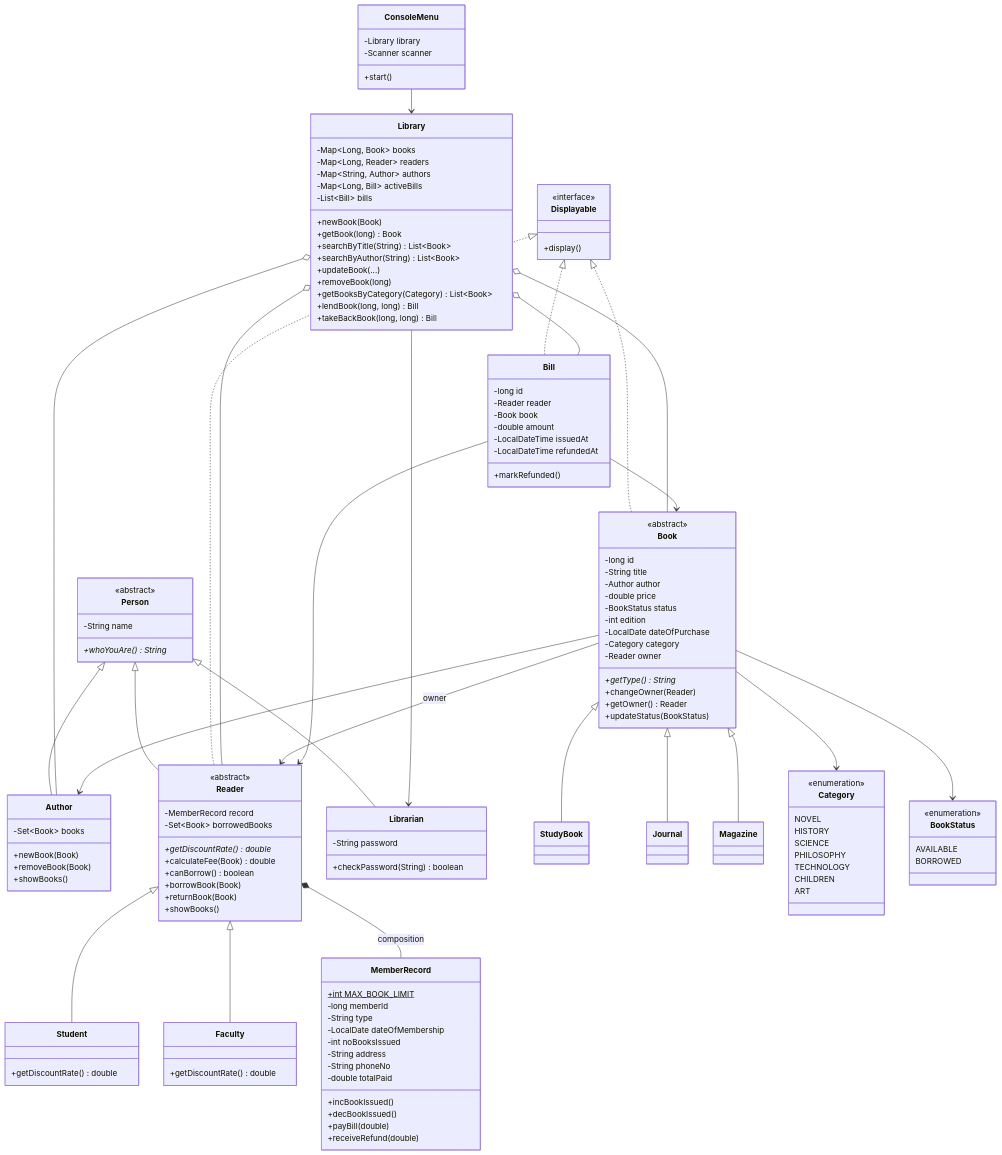
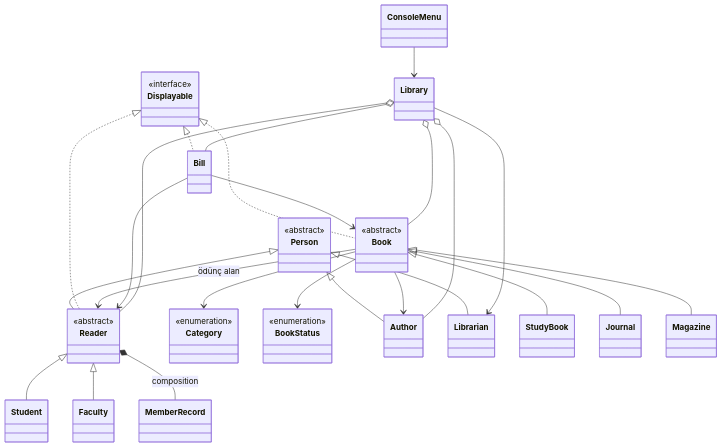
Before and after one commit to sinembaglar/Java-s15-Challenge: the diagram in README.md, drawn with Mermaid. The commit also changed other lines of this file, not shown here.

Commit message:
Simplify README

````diff
--- a/README.md
+++ b/README.md
@@ -77,121 +58,21 @@
 
     class Displayable {
         <<interface>>
-        +display()
     }
-
     class Person {
         <<abstract>>
-        -String name
-        +whoYouAre()* String
-    }
-    class Author {
-        -Set~Book~ books
-        +newBook(Book)
-        +removeBook(Book)
-        +showBooks()
     }
     class Reader {
         <<abstract>>
-        -MemberRecord record
-        -Set~Book~ borrowedBooks
-        +getDiscountRate()* double
-        +calculateFee(Book) double
-        +canBorrow() boolean
-        +borrowBook(Book)
-        +returnBook(Book)
-        +showBooks()
     }
-    class Student {
-        +getDiscountRate() double
-    }
-    class Faculty {
-        +getDiscountRate() double
-    }
-    class Librarian {
-        -String password
-        +checkPassword(String) boolean
-    }
-    class MemberRecord {
-        +int MAX_BOOK_LIMIT$
-        -long memberId
-        -String type
-        -LocalDate dateOfMembership
-        -int noBooksIssued
-        -String address
-        -String phoneNo
-        -double totalPaid
-        +incBookIssued()
-        +decBookIssued()
-        +payBill(double)
-        +receiveRefund(double)
-    }
-
     class Book {
         <<abstract>>
-        -long id
-        -String title
-        -Author author
-        -double price
-        -BookStatus status
-        -int edition
-        -LocalDate dateOfPurchase
-        -Category category
-        -Reader owner
-        +getType()* String
-        +changeOwner(Reader)
-        +getOwner() Reader
-        +updateStatus(BookStatus)
     }
-    class StudyBook
-    class Journal
-    class Magazine
     class Category {
         <<enumeration>>
-        NOVEL
-        HISTORY
-        SCIENCE
-        PHILOSOPHY
-        TECHNOLOGY
-        CHILDREN
-        ART
     }
     class BookStatus {
         <<enumeration>>
-        AVAILABLE
-        BORROWED
-    }
-
-    class Bill {
-        -long id
-        -Reader reader
-        -Book book
-        -double amount
-        -LocalDateTime issuedAt
-        -LocalDateTime refundedAt
-        +markRefunded()
-    }
-
-    class Library {
-        -Map~Long, Book~ books
-        -Map~Long, Reader~ readers
-        -Map~String, Author~ authors
-        -Map~Long, Bill~ activeBills
-        -List~Bill~ bills
-        +newBook(Book)
-        +getBook(long) Book
-        +searchByTitle(String) List~Book~
-        +searchByAuthor(String) List~Book~
-        +updateBook(...)
-        +removeBook(long)
-        +getBooksByCategory(Category) List~Book~
-        +lendBook(long, long) Bill
-        +takeBackBook(long, long) Bill
-    }
-    class ConsoleMenu {
-        -Library library
-        -Scanner scanner
-        +start()
     }
 
     Person <|-- Author
@@ -208,16 +89,17 @@
     Displayable <|.. Bill
 
     Reader *-- MemberRecord : composition
+    Book --> Author
+    Book --> Reader : ödünç alan
+    Book --> Category
+    Book --> BookStatus
+    Bill --> Reader
+    Bill --> Book
+
     Library o-- Book
     Library o-- Reader
     Library o-- Author
     Library o-- Bill
     Library --> Librarian
-    Book --> Author
-    Book --> Category
-    Book --> BookStatus
-    Book --> Reader : owner
-    Bill --> Reader
-    Bill --> Book
     ConsoleMenu --> Library
 ```
````
